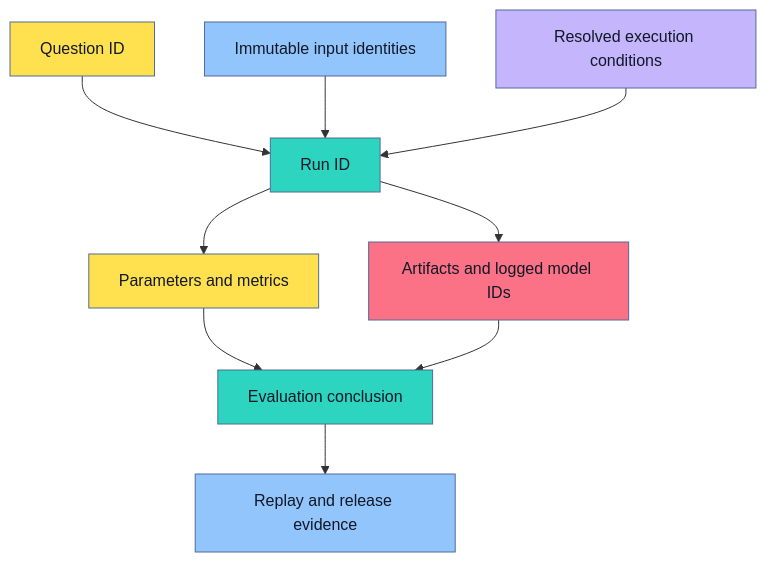
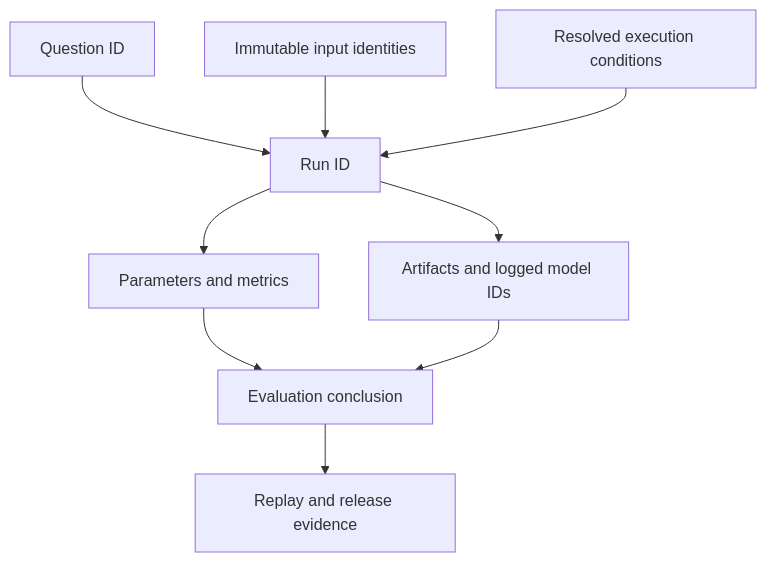
One commit to senlinyy/dev-roadmaps changed the fourth of 9 diagrams in roadmaps/mlops/modules/experiments-and-reproducibility/experiment-tracking/01-reproducible-ml-experiments.md. Above: the diagram before and after it, drawn with Mermaid. The commit also changed other lines of this file and 152 other files, not shown here.

Commit message:
feat: mlops and diagrams updated

````diff
--- a/roadmaps/mlops/modules/experiments-and-reproducibility/experiment-tracking/01-reproducible-ml-experiments.md
+++ b/roadmaps/mlops/modules/experiments-and-reproducibility/experiment-tracking/01-reproducible-ml-experiments.md
@@ -155,20 +155,20 @@
 ```mermaid
 flowchart TD
     A["Question ID"] --> B["Run ID"]
     C["Immutable input identities"] --> B
     D["Resolved execution conditions"] --> B
     B --> E["Parameters and metrics"]
     B --> F["Artifacts and logged model IDs"]
     E --> G["Evaluation conclusion"]
     F --> G
     G --> H["Replay and release evidence"]
 
-    style A fill:#FFE04F,stroke:#536A9A,color:#111827
-    style B fill:#2DD4BF,stroke:#536A9A,color:#111827
-    style C fill:#93C5FD,stroke:#536A9A,color:#111827
-    style D fill:#C4B5FD,stroke:#536A9A,color:#111827
-    style E fill:#FFE04F,stroke:#536A9A,color:#111827
-    style F fill:#FB7185,stroke:#536A9A,color:#111827
-    style G fill:#2DD4BF,stroke:#536A9A,color:#111827
-    style H fill:#93C5FD,stroke:#536A9A,color:#111827
+    class A dp-mermaid-primary
+    class B dp-mermaid-secondary
+    class C dp-mermaid-tertiary
+    class D dp-mermaid-quaternary
+    class E dp-mermaid-primary
+    class F dp-mermaid-primary
+    class G dp-mermaid-secondary
+    class H dp-mermaid-tertiary
 ```
````
